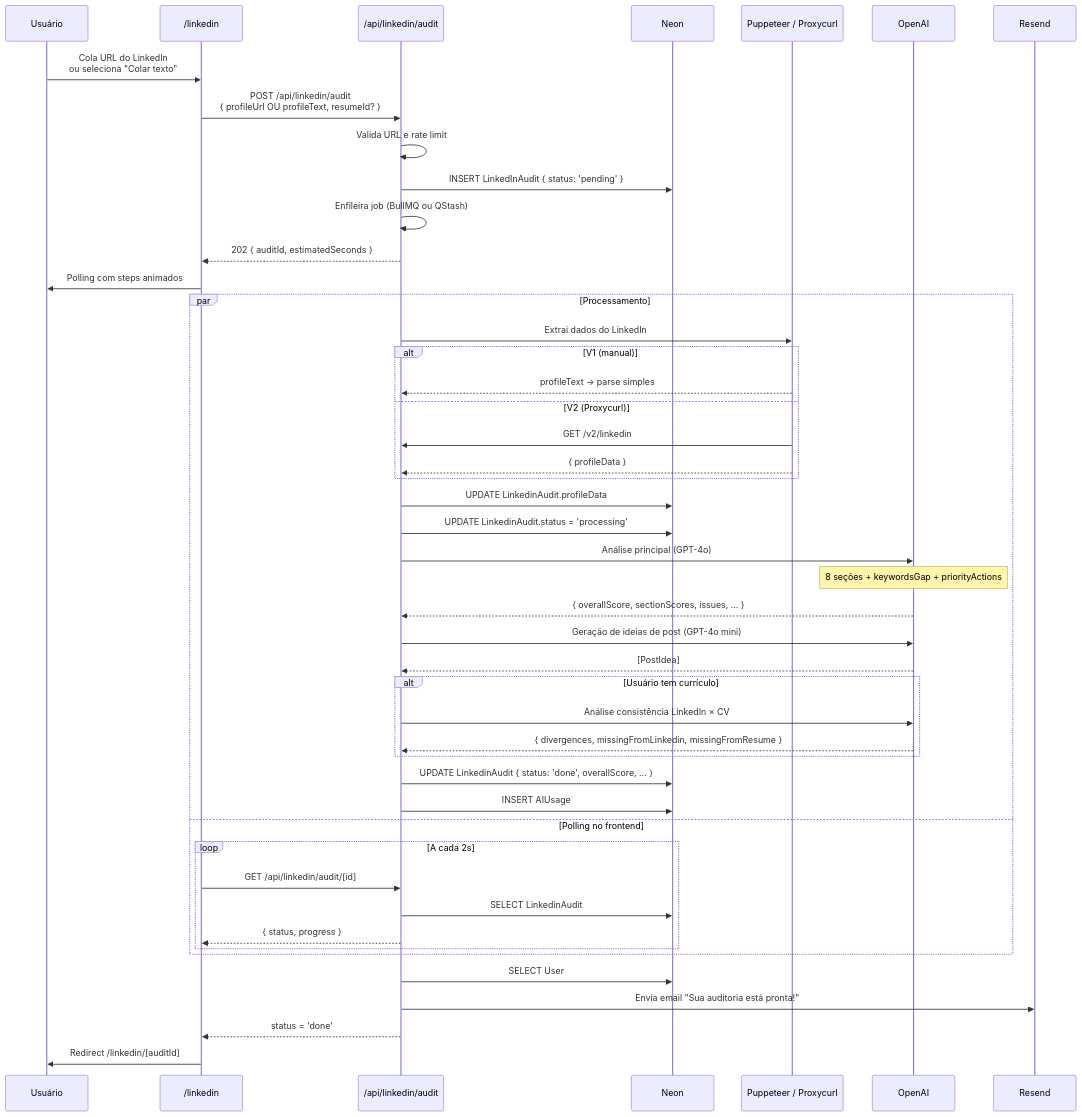
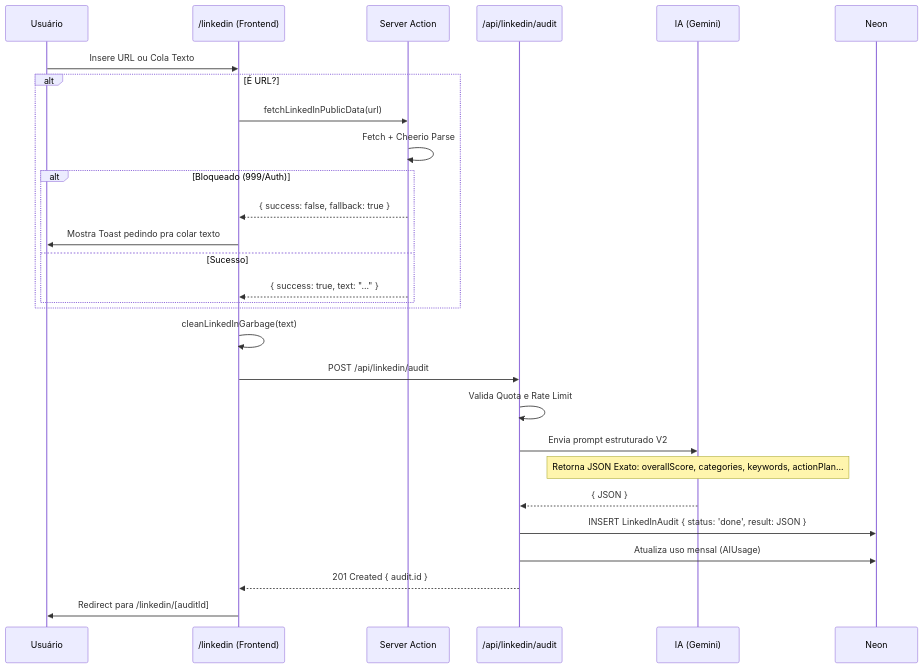
The diagram in docs/flows/linkedin-audit.md (TheusCampos/AATRION), drawn with Mermaid before and after one commit. The commit also changed other lines of this file and 96 other files, not shown here.

````diff
--- a/docs/flows/linkedin-audit.md
+++ b/docs/flows/linkedin-audit.md
@@ -18,57 +18,36 @@
 ```mermaid
 sequenceDiagram
     participant U as Usuário
-    participant FE as /linkedin
+    participant FE as /linkedin (Frontend)
+    participant Act as Server Action
     participant API as /api/linkedin/audit
+    participant AI as IA (Gemini)
     participant DB as Neon
-    participant P as Puppeteer / Proxycurl
-    participant AI as OpenAI
-    participant Mail as Resend
 
-    U->>FE: Cola URL do LinkedIn<br/>ou seleciona "Colar texto"
-    FE->>API: POST /api/linkedin/audit<br/>{ profileUrl OU profileText, resumeId? }
-
-    API->>API: Valida URL e rate limit
-    API->>DB: INSERT LinkedInAudit { status: 'pending' }
-    API->>API: Enfileira job (BullMQ ou QStash)
-    API-->>FE: 202 { auditId, estimatedSeconds }
-    FE->>U: Polling com steps animados
-
-    par Processamento
-        API->>P: Extrai dados do LinkedIn
-        alt V1 (manual)
-            P-->>API: profileText → parse simples
-        else V2 (Proxycurl)
-            P->>API: GET /v2/linkedin
-            P-->>API: { profileData }
-        end
-        API->>DB: UPDATE LinkedinAudit.profileData
-        API->>DB: UPDATE LinkedinAudit.status = 'processing'
-
-        API->>AI: Análise principal (GPT-4o)
-        Note over AI: 8 seções + keywordsGap + priorityActions
-        AI-->>API: { overallScore, sectionScores, issues, ... }
-
-        API->>AI: Geração de ideias de post (GPT-4o mini)
-        AI-->>API: [PostIdea]
-
-        alt Usuário tem currículo
-            API->>AI: Análise consistência LinkedIn × CV
-            AI-->>API: { divergences, missingFromLinkedin, missingFromResume }
-        end
-
-        API->>DB: UPDATE LinkedinAudit { status: 'done', overallScore, ... }
-        API->>DB: INSERT AIUsage
-    and Polling no frontend
-        loop A cada 2s
-            FE->>API: GET /api/linkedin/audit/[id]
-            API->>DB: SELECT LinkedinAudit
-            API-->>FE: { status, progress }
+    U->>FE: Insere URL ou Cola Texto
+    alt É URL?
+        FE->>Act: fetchLinkedInPublicData(url)
+        Act->>Act: Fetch + Cheerio Parse
+        alt Bloqueado (999/Auth)
+            Act-->>FE: { success: false, fallback: true }
+            FE->>U: Mostra Toast pedindo pra colar texto
+        else Sucesso
+            Act-->>FE: { success: true, text: "..." }
         end
     end
-
-    API->>DB: SELECT User
-    API->>Mail: Envia email "Sua auditoria está pronta!"
-    API-->>FE: status = 'done'
-    FE->>U: Redirect /linkedin/[auditId]
+    
+    FE->>FE: cleanLinkedInGarbage(text)
+    
+    FE->>API: POST /api/linkedin/audit
+    API->>API: Valida Quota e Rate Limit
+    
+    API->>AI: Envia prompt estruturado V2
+    Note over AI: Retorna JSON Exato: overallScore, categories, keywords, actionPlan...
+    AI-->>API: { JSON }
+    
+    API->>DB: INSERT LinkedInAudit { status: 'done', result: JSON }
+    API->>DB: Atualiza uso mensal (AIUsage)
+    
+    API-->>FE: 201 Created { audit.id }
+    FE->>U: Redirect para /linkedin/[auditId]
 ```
````
